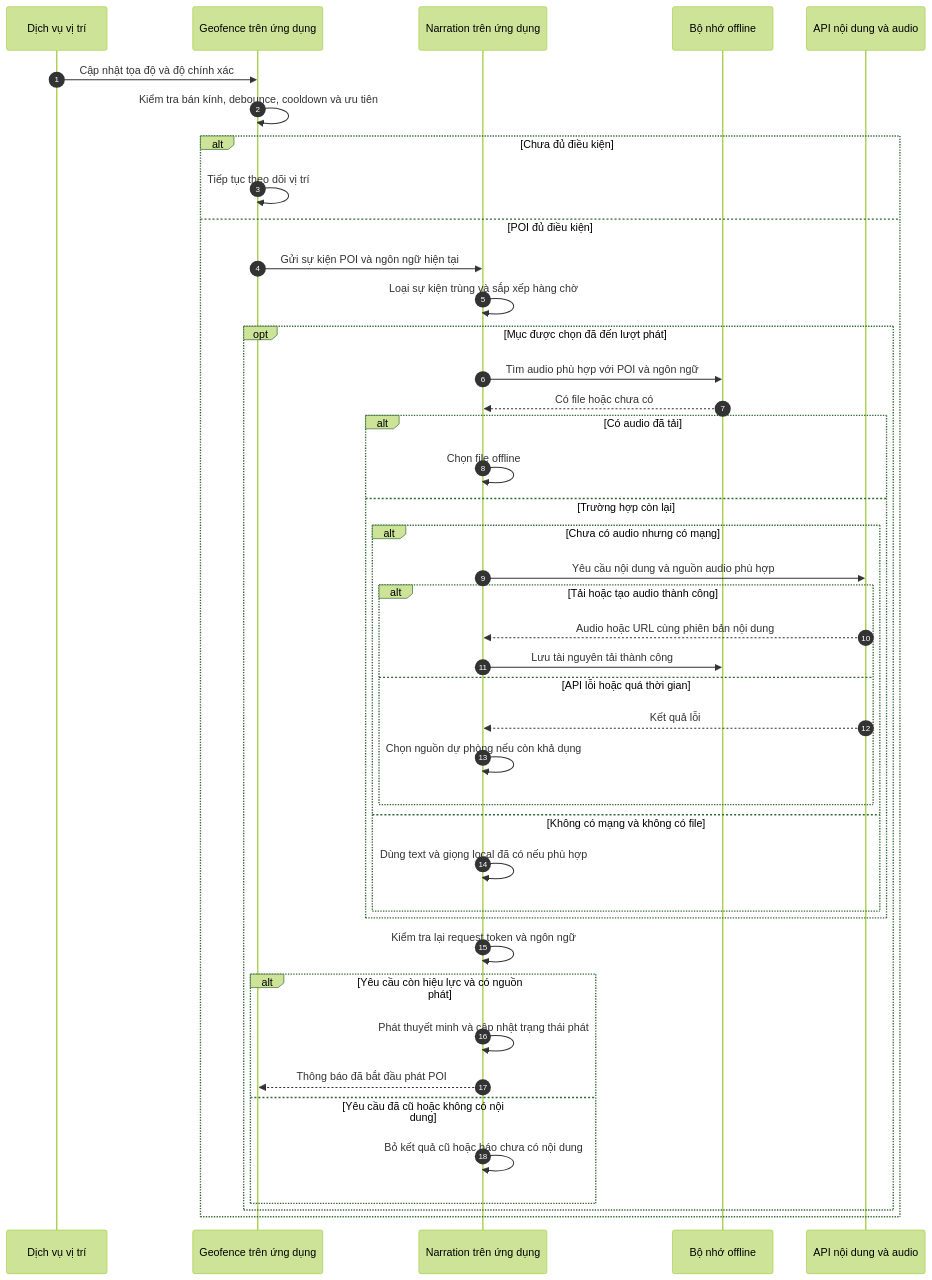
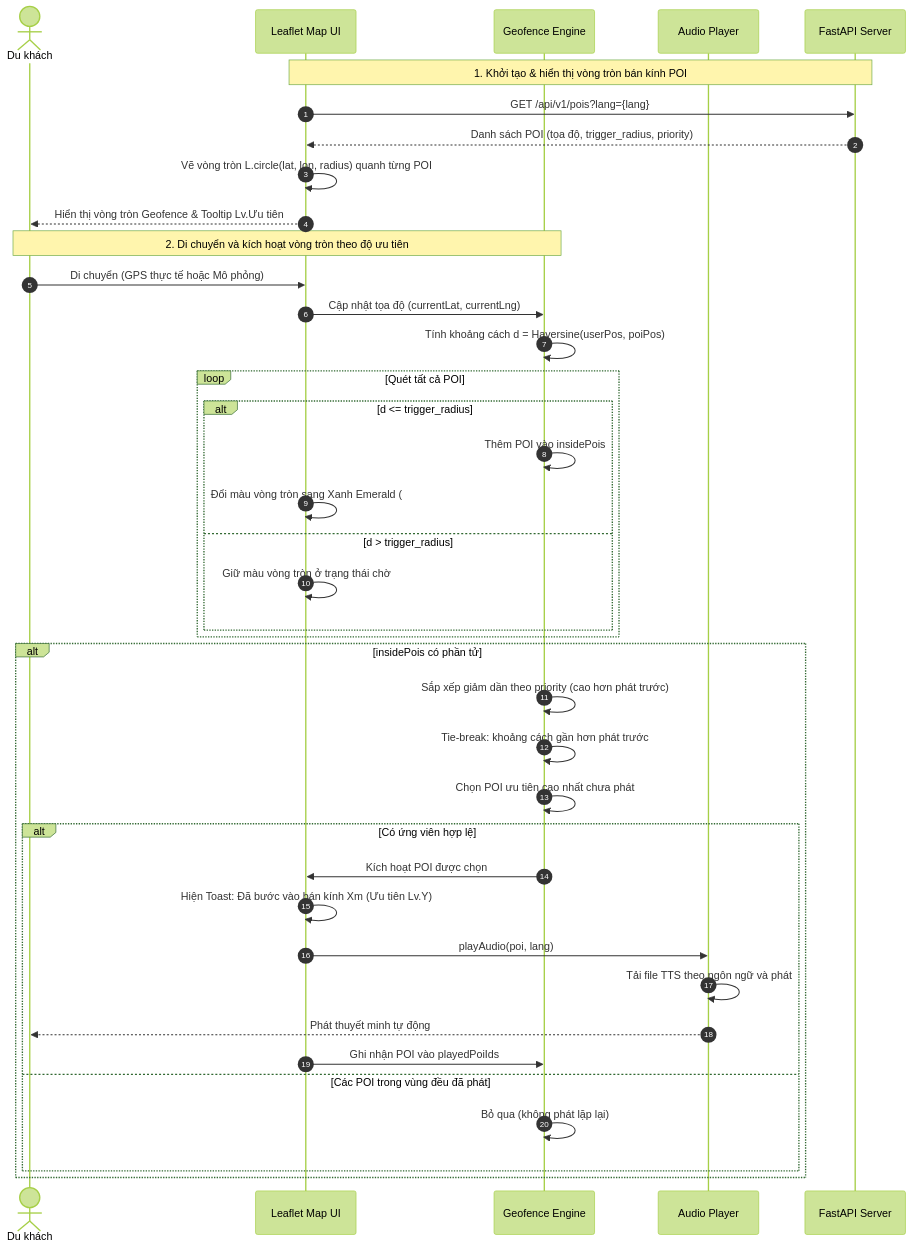
One commit to xuandang0405/seminarchuyende changed the diagram in quan4_sequence_diagrams/mermaid/04_gps_tu_dong_thuyet_minh.mmd. Above: the diagram before and after it, drawn with Mermaid (forest theme). The commit also changed 274 other files, not shown here.

```diff
--- a/quan4_sequence_diagrams/mermaid/04_gps_tu_dong_thuyet_minh.mmd
+++ b/quan4_sequence_diagrams/mermaid/04_gps_tu_dong_thuyet_minh.mmd
@@ -1,44 +1,44 @@
-%% Tự động thuyết minh khi đến gần POI
-%% H: mô hình hóa từ HTML, có cụ thể hóa thiết kế
+%% SD04 - Hiển thị vòng bán kính Geofence và tự động thuyết minh theo độ ưu tiên
 sequenceDiagram
     autonumber
-    participant GPS as Dịch vụ vị trí
-    participant Geo as Geofence trên ứng dụng
-    participant Audio as Narration trên ứng dụng
-    participant Cache as Bộ nhớ offline
-    participant API as API nội dung và audio
-    GPS->>Geo: Cập nhật tọa độ và độ chính xác
-    Geo->>Geo: Kiểm tra bán kính, debounce, cooldown và ưu tiên
-    alt Chưa đủ điều kiện
-        Geo->>Geo: Tiếp tục theo dõi vị trí
-    else POI đủ điều kiện
-        Geo->>Audio: Gửi sự kiện POI và ngôn ngữ hiện tại
-        Audio->>Audio: Loại sự kiện trùng và sắp xếp hàng chờ
-        opt Mục được chọn đã đến lượt phát
-            Audio->>Cache: Tìm audio phù hợp với POI và ngôn ngữ
-            Cache-->>Audio: Có file hoặc chưa có
-            alt Có audio đã tải
-                Audio->>Audio: Chọn file offline
-            else Trường hợp còn lại
-                alt Chưa có audio nhưng có mạng
-                    Audio->>API: Yêu cầu nội dung và nguồn audio phù hợp
-                    alt Tải hoặc tạo audio thành công
-                        API-->>Audio: Audio hoặc URL cùng phiên bản nội dung
-                        Audio->>Cache: Lưu tài nguyên tải thành công
-                    else API lỗi hoặc quá thời gian
-                        API-->>Audio: Kết quả lỗi
-                        Audio->>Audio: Chọn nguồn dự phòng nếu còn khả dụng
-                    end
-                else Không có mạng và không có file
-                    Audio->>Audio: Dùng text và giọng local đã có nếu phù hợp
-                end
-            end
-            Audio->>Audio: Kiểm tra lại request token và ngôn ngữ
-            alt Yêu cầu còn hiệu lực và có nguồn phát
-                Audio->>Audio: Phát thuyết minh và cập nhật trạng thái phát
-                Audio-->>Geo: Thông báo đã bắt đầu phát POI
-            else Yêu cầu đã cũ hoặc không có nội dung
-                Audio->>Audio: Bỏ kết quả cũ hoặc báo chưa có nội dung
-            end
+    actor User as Du khách
+    participant Map as Leaflet Map UI
+    participant Engine as Geofence Engine
+    participant Audio as Audio Player
+    participant API as FastAPI Server
+
+    Note over Map,API: 1. Khởi tạo & hiển thị vòng tròn bán kính POI
+    Map->>API: GET /api/v1/pois?lang={lang}
+    API-->>Map: Danh sách POI (tọa độ, trigger_radius, priority)
+    Map->>Map: Vẽ vòng tròn L.circle(lat, lon, radius) quanh từng POI
+    Map-->>User: Hiển thị vòng tròn Geofence & Tooltip Lv.Ưu tiên
+
+    Note over User,Engine: 2. Di chuyển và kích hoạt vòng tròn theo độ ưu tiên
+    User->>Map: Di chuyển (GPS thực tế hoặc Mô phỏng)
+    Map->>Engine: Cập nhật tọa độ (currentLat, currentLng)
+    Engine->>Engine: Tính khoảng cách d = Haversine(userPos, poiPos)
+
+    loop Quét tất cả POI
+        alt d <= trigger_radius
+            Engine->>Engine: Thêm POI vào insidePois
+            Map->>Map: Đổi màu vòng tròn sang Xanh Emerald (#10b981)
+        else d > trigger_radius
+            Map->>Map: Giữ màu vòng tròn ở trạng thái chờ
         end
     end
+
+    alt insidePois có phần tử
+        Engine->>Engine: Sắp xếp giảm dần theo priority (cao hơn phát trước)
+        Engine->>Engine: Tie-break: khoảng cách gần hơn phát trước
+        Engine->>Engine: Chọn POI ưu tiên cao nhất chưa phát
+        alt Có ứng viên hợp lệ
+            Engine->>Map: Kích hoạt POI được chọn
+            Map->>Map: Hiện Toast: Đã bước vào bán kính Xm (Ưu tiên Lv.Y)
+            Map->>Audio: playAudio(poi, lang)
+            Audio->>Audio: Tải file TTS theo ngôn ngữ và phát
+            Audio-->>User: Phát thuyết minh tự động
+            Map->>Engine: Ghi nhận POI vào playedPoiIds
+        else Các POI trong vùng đều đã phát
+            Engine->>Engine: Bỏ qua (không phát lặp lại)
+        end
+    end
```
